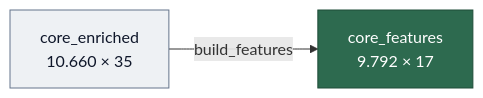
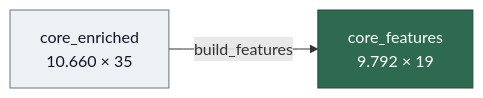
Before and after one commit to jorgepais02/PitchLens: the first of 2 diagrams in docs/06_features.md, drawn with Mermaid. The commit also changed other lines of this file and 9 other files, not shown here.

````diff
--- a/docs/06_features.md
+++ b/docs/06_features.md
@@ -10,10 +10,10 @@
 ```mermaid
 graph LR
     classDef src fill:#eef1f4,stroke:#64748b,color:#0f172a,stroke-width:1px
     classDef out fill:#2d6a4f,stroke:#1f4d39,color:#ffffff,stroke-width:1px
 
-    A[core_enriched<br/>10.660 × 35] -->|build_features| B[core_features<br/>9.792 × 17]
+    A[core_enriched<br/>10.660 × 35] -->|build_features| B[core_features<br/>9.792 × 19]
 
     class A src
     class B out
 ```
````
